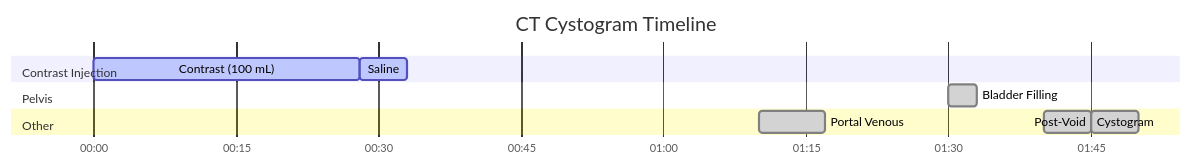
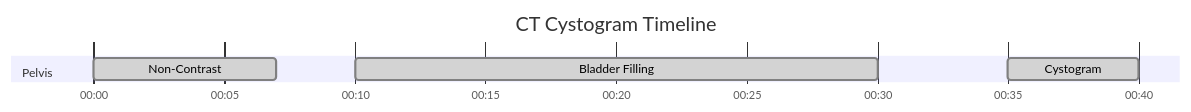
One commit to dfergs93/radiology-protocols changed the diagram in docs/ct/abdomen/ct-cystogram.md. Above: the diagram before and after it, drawn with Mermaid. The commit also changed other lines of this file and 2 other files, not shown here.

````diff
--- a/docs/ct/abdomen/ct-cystogram.md
+++ b/docs/ct/abdomen/ct-cystogram.md
@@ -86,22 +83,17 @@
   ```mermaid
   ---
   displayMode: compact
   config:
     theme: default
     themeCSS: " #Saline{ fill: #4ed5ff; stroke: #2094f3; } "
   ---
     gantt
       title CT Cystogram Timeline
       dateFormat mm:ss
       axisFormat %M:%S 
       
-      section Contrast Injection
-      Contrast (100 mL)    :active, contrast, 00:00, 28s
-      Saline          :active, saline, after contrast, 5s
       section Pelvis
-      Bladder Filling    :done, scan1, 01:30, 3s
-      section Other
-      Portal Venous    :done, scan2, 01:10, 7s
-      Cystogram    :done, scan3, 01:40, 5s
-      Post-Void    :done, scan4, after scan3, 5s
+      Non-Contrast    :done, scan2, 00:00, 7s
+      Bladder Filling    :done, scan1, 00:10, 20s
+      Cystogram    :done, scan3, 00:35, 5s
   ```
````
